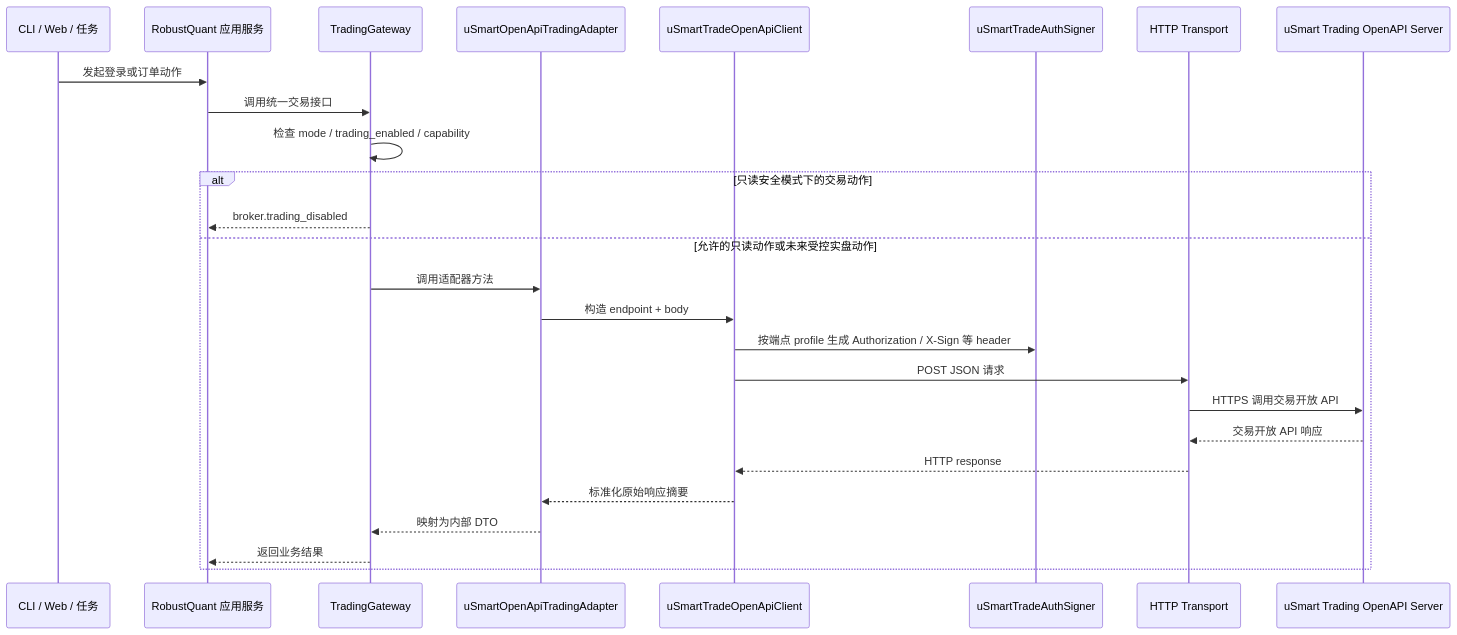
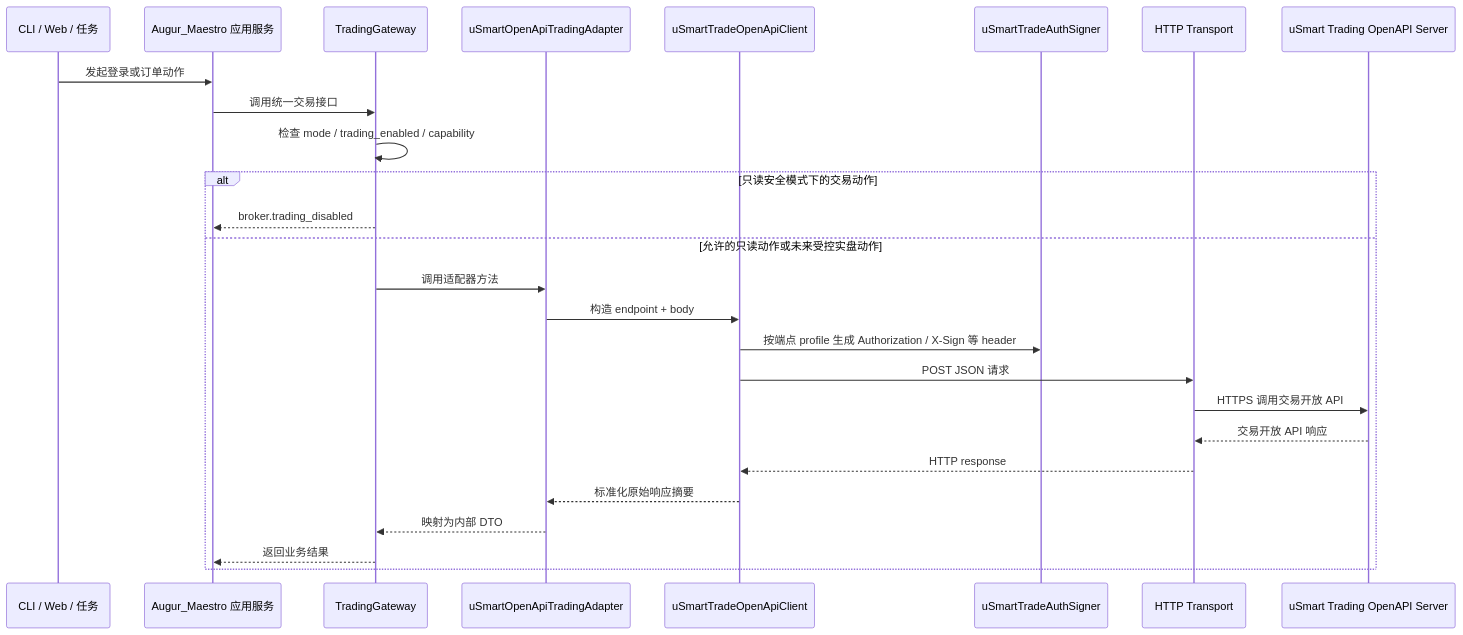
One commit to lyty1997/Augur_Maestro changed the diagram in docs/backend/clients/usmart-openapi-call-design.md. Above: the diagram before and after it, drawn with Mermaid. The commit also changed other lines of this file and 41 other files, not shown here.

Commit message:
Rename project to Augur_Maestro

````diff
--- a/docs/backend/clients/usmart-openapi-call-design.md
+++ b/docs/backend/clients/usmart-openapi-call-design.md
@@ -63,29 +63,29 @@
 ```mermaid
 sequenceDiagram
     participant UI as CLI / Web / 任务
-    participant App as RobustQuant 应用服务
+    participant App as Augur_Maestro 应用服务
     participant TG as TradingGateway
     participant AD as uSmartOpenApiTradingAdapter
     participant CL as uSmartTradeOpenApiClient
     participant SG as uSmartTradeAuthSigner
     participant HTTP as HTTP Transport
     participant API as uSmart Trading OpenAPI Server
 
     UI->>App: 发起登录或订单动作
     App->>TG: 调用统一交易接口
     TG->>TG: 检查 mode / trading_enabled / capability
     alt 只读安全模式下的交易动作
         TG-->>App: broker.trading_disabled
     else 允许的只读动作或未来受控实盘动作
         TG->>AD: 调用适配器方法
         AD->>CL: 构造 endpoint + body
         CL->>SG: 按端点 profile 生成 Authorization / X-Sign 等 header
         CL->>HTTP: POST JSON 请求
         HTTP->>API: HTTPS 调用交易开放 API
         API-->>HTTP: 交易开放 API 响应
         HTTP-->>CL: HTTP response
         CL-->>AD: 标准化原始响应摘要
         AD-->>TG: 映射为内部 DTO
         TG-->>App: 返回业务结果
     end
 ```
````
